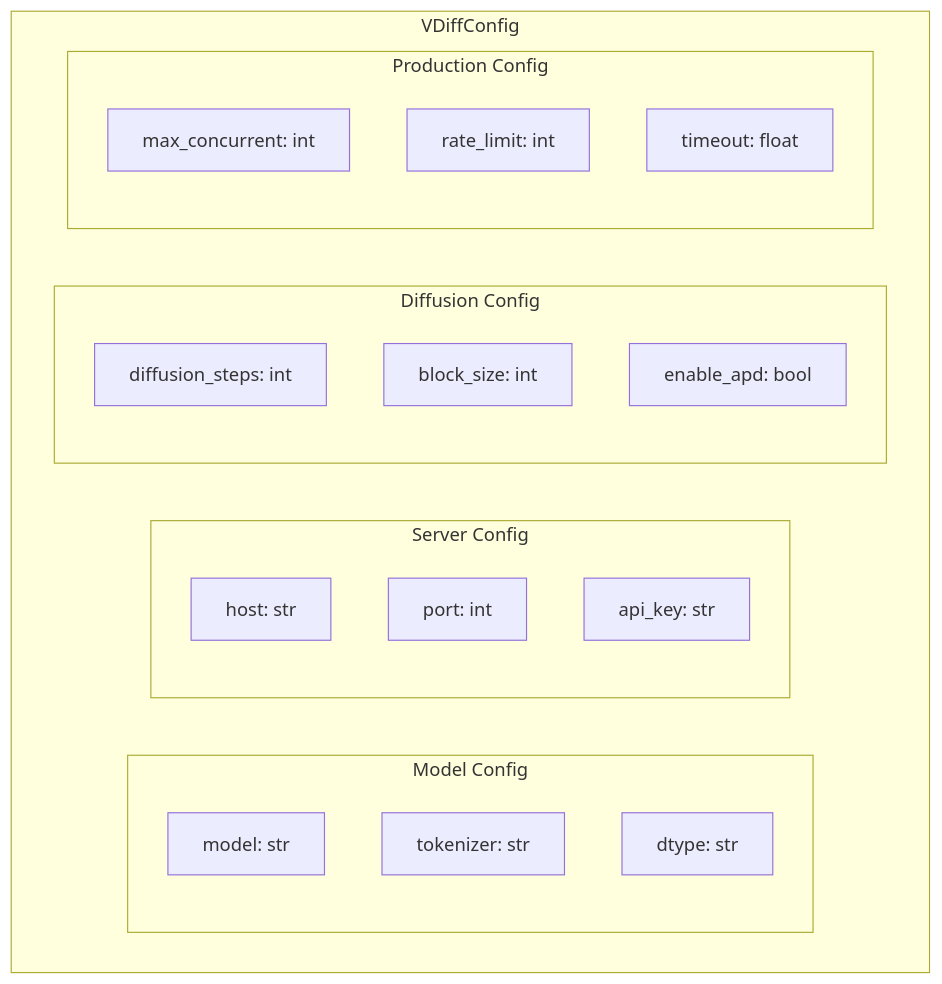
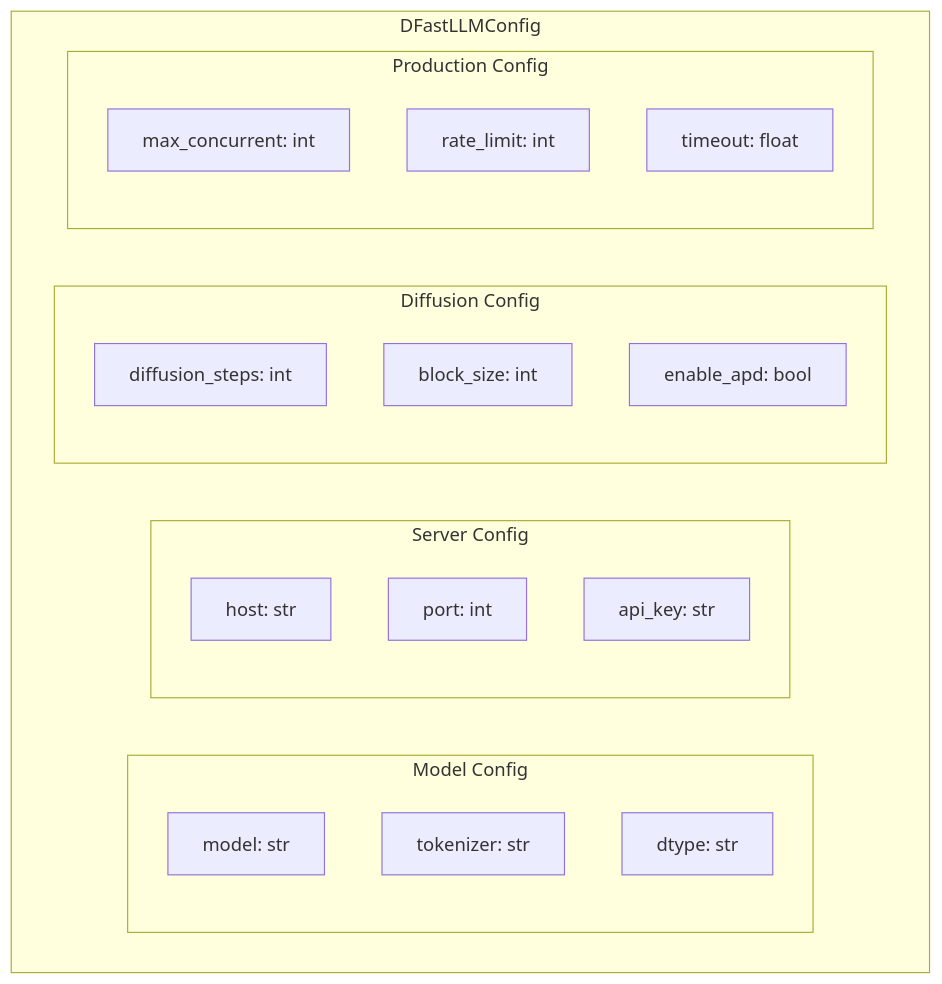
Before and after one commit to mwaykole/vdiff: the fourth of 18 diagrams in docs/dev-doc/03-project-structure.md, drawn with Mermaid. The commit also changed other lines of this file and 53 other files, not shown here.

````diff
--- a/docs/dev-doc/03-project-structure.md
+++ b/docs/dev-doc/03-project-structure.md
@@ -191,28 +191,28 @@
 ```mermaid
 flowchart TB
-    subgraph VDiffConfig["VDiffConfig"]
+    subgraph DFastLLMConfig["DFastLLMConfig"]
         subgraph Model["Model Config"]
             M1["model: str"]
             M2["tokenizer: str"]
             M3["dtype: str"]
         end
         
         subgraph Server["Server Config"]
             S1["host: str"]
             S2["port: int"]
             S3["api_key: str"]
         end
         
         subgraph Diffusion["Diffusion Config"]
             D1["diffusion_steps: int"]
             D2["block_size: int"]
             D3["enable_apd: bool"]
         end
         
         subgraph Production["Production Config"]
             P1["max_concurrent: int"]
             P2["rate_limit: int"]
             P3["timeout: float"]
         end
     end
 ```
````
